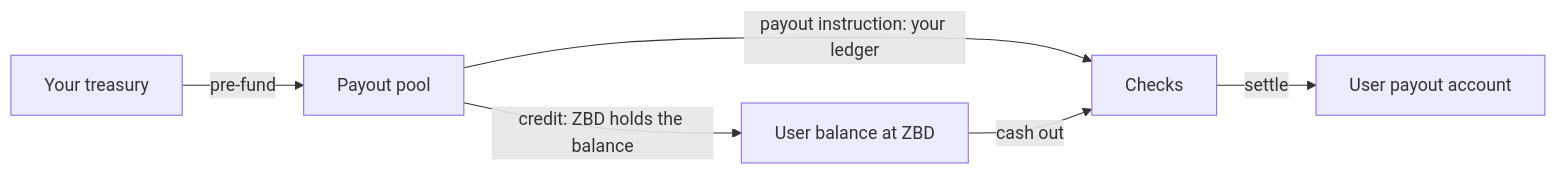
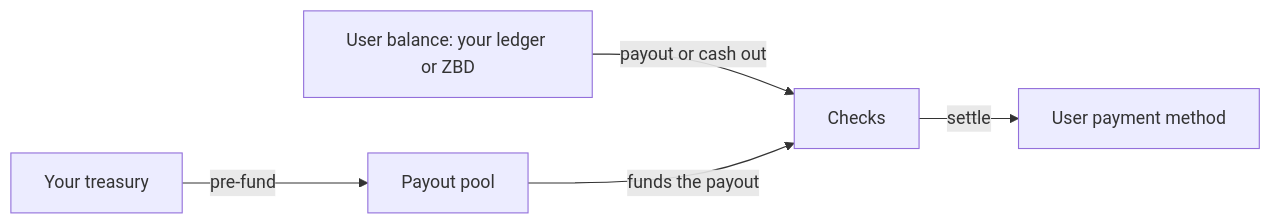
Before and after one commit to zbdpay/zbd-docs: the diagram in embedded-payouts/how-payouts-work.mdx, drawn with Mermaid. The commit also changed other lines of this file and 35 other files, not shown here.

````diff
--- a/embedded-payouts/how-payouts-work.mdx
+++ b/embedded-payouts/how-payouts-work.mdx
@@ -19,8 +19,7 @@
 ```mermaid
 flowchart LR
   A[Your treasury] -->|pre-fund| B[Payout pool]
-  B -->|payout instruction: your ledger| D[Checks]
-  B -->|credit: ZBD holds the balance| C[User balance at ZBD]
-  C -->|cash out| D
-  D -->|settle| E[User payout account]
+  C[User balance: your ledger or ZBD] -->|payout or cash out| D[Checks]
+  B -->|funds the payout| D
+  D -->|settle| E[User payment method]
 ```
````
